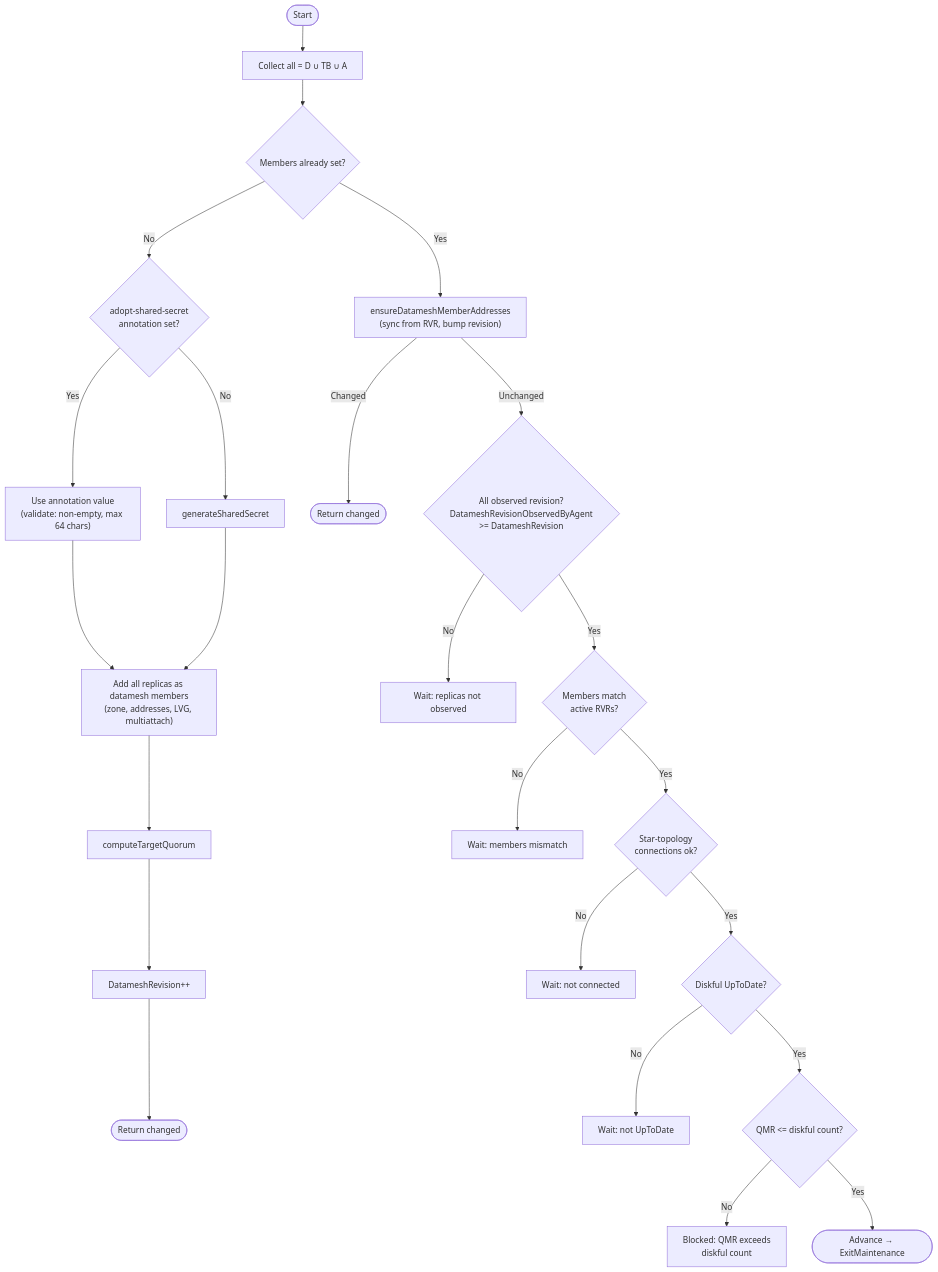
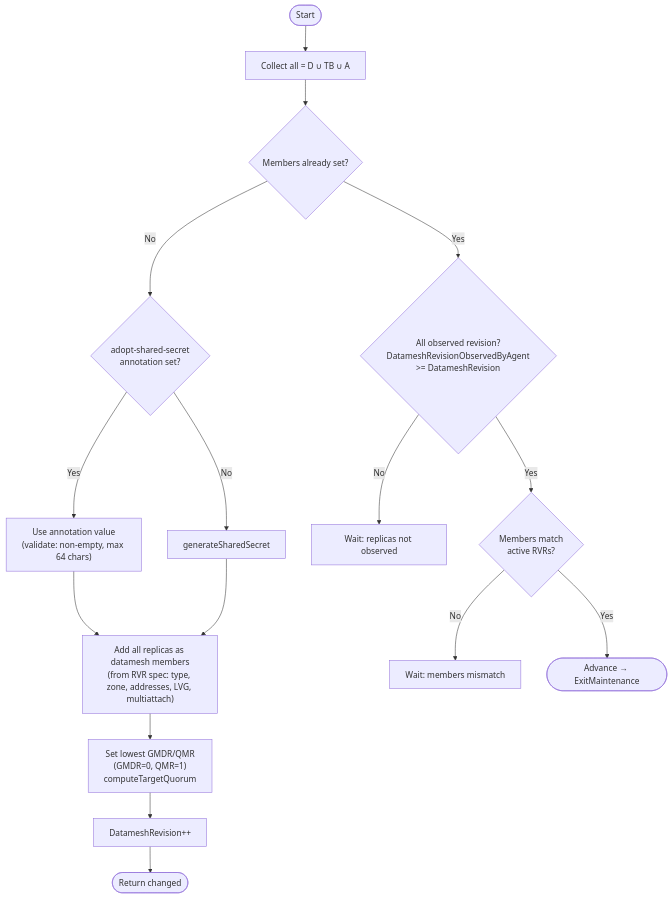
One commit to deckhouse/sds-replicated-volume changed the ninth of 12 diagrams in images/controller/internal/controllers/rv_controller/README.md. Above: the diagram before and after it, drawn with Mermaid. The commit also changed other lines of this file and 7 other files, not shown here.

````diff
--- a/images/controller/internal/controllers/rv_controller/README.md
+++ b/images/controller/internal/controllers/rv_controller/README.md
@@ -795,33 +758,22 @@
 ```mermaid
 flowchart TD
     Start([Start]) --> CollectAll["Collect all = D ∪ TB ∪ A"]
 
     CollectAll --> CheckMembers{Members already set?}
     CheckMembers -->|No| CheckAnnotation{"adopt-shared-secret<br/>annotation set?"}
     CheckAnnotation -->|Yes| UseAnnotation["Use annotation value<br/>(validate: non-empty, max 64 chars)"]
     CheckAnnotation -->|No| GenSecret[generateSharedSecret]
-    UseAnnotation --> AddMembers["Add all replicas as datamesh members<br/>(zone, addresses, LVG, multiattach)"]
+    UseAnnotation --> AddMembers["Add all replicas as datamesh members<br/>(from RVR spec: type, zone, addresses, LVG, multiattach)"]
     GenSecret --> AddMembers
-    AddMembers --> SetQuorum[computeTargetQuorum]
+    AddMembers --> SetQuorum["Set lowest GMDR/QMR<br/>(GMDR=0, QMR=1)<br/>computeTargetQuorum"]
     SetQuorum --> IncrRevision["DatameshRevision++"]
     IncrRevision --> ReturnChanged([Return changed])
 
-    CheckMembers -->|Yes| SyncAddr["ensureDatameshMemberAddresses<br/>(sync from RVR, bump revision)"]
-    SyncAddr -->|Changed| ReturnChanged2([Return changed])
-    SyncAddr -->|Unchanged| CheckObserved{"All observed revision?<br/>DatameshRevisionObservedByAgent<br/>>= DatameshRevision"}
+    CheckMembers -->|Yes| CheckObserved{"All observed revision?<br/>DatameshRevisionObservedByAgent<br/>>= DatameshRevision"}
     CheckObserved -->|No| WaitObserved["Wait: replicas not observed"]
 
     CheckObserved -->|Yes| CheckMembersMatch{Members match<br/>active RVRs?}
     CheckMembersMatch -->|No| WaitMismatch["Wait: members mismatch"]
 
-    CheckMembersMatch -->|Yes| CheckConnected{"Star-topology<br/>connections ok?"}
-    CheckConnected -->|No| WaitConn["Wait: not connected"]
-
-    CheckConnected -->|Yes| CheckUpToDate{Diskful UpToDate?}
-    CheckUpToDate -->|No| WaitUTD["Wait: not UpToDate"]
-
-    CheckUpToDate -->|Yes| CheckQMR{"QMR <= diskful count?"}
-    CheckQMR -->|No| WaitQMR["Blocked: QMR exceeds<br/>diskful count"]
-
-    CheckQMR -->|Yes| Advance(["Advance → ExitMaintenance"])
+    CheckMembersMatch -->|Yes| Advance(["Advance → ExitMaintenance"])
 ```
````
